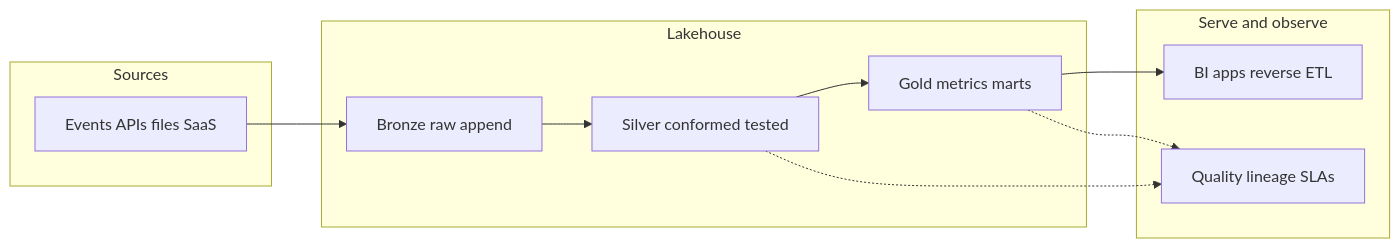
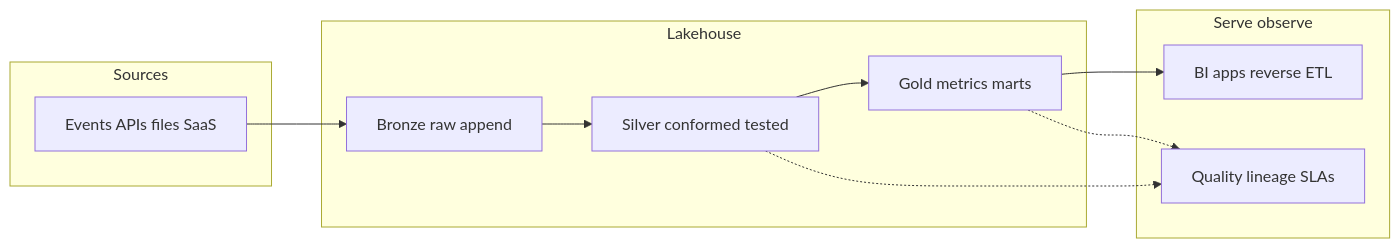
Before and after one commit to ojasshukla01/ojasshukla01: the second of 2 diagrams in README.md, drawn with Mermaid. The commit also changed other lines of this file, not shown here.

````diff
--- a/README.md
+++ b/README.md
@@ -81,19 +117,19 @@
 ```mermaid
 flowchart LR
   subgraph sources[Sources]
     A[Events APIs files SaaS]
   end
   subgraph lake[Lakehouse]
     B[Bronze raw append]
     C[Silver conformed tested]
     D[Gold metrics marts]
   end
-  subgraph serve[Serve and observe]
+  subgraph serve[Serve observe]
     E[BI apps reverse ETL]
     F[Quality lineage SLAs]
   end
   A --> B --> C --> D
   D --> E
   C -.-> F
   D -.-> F
 ```
````
